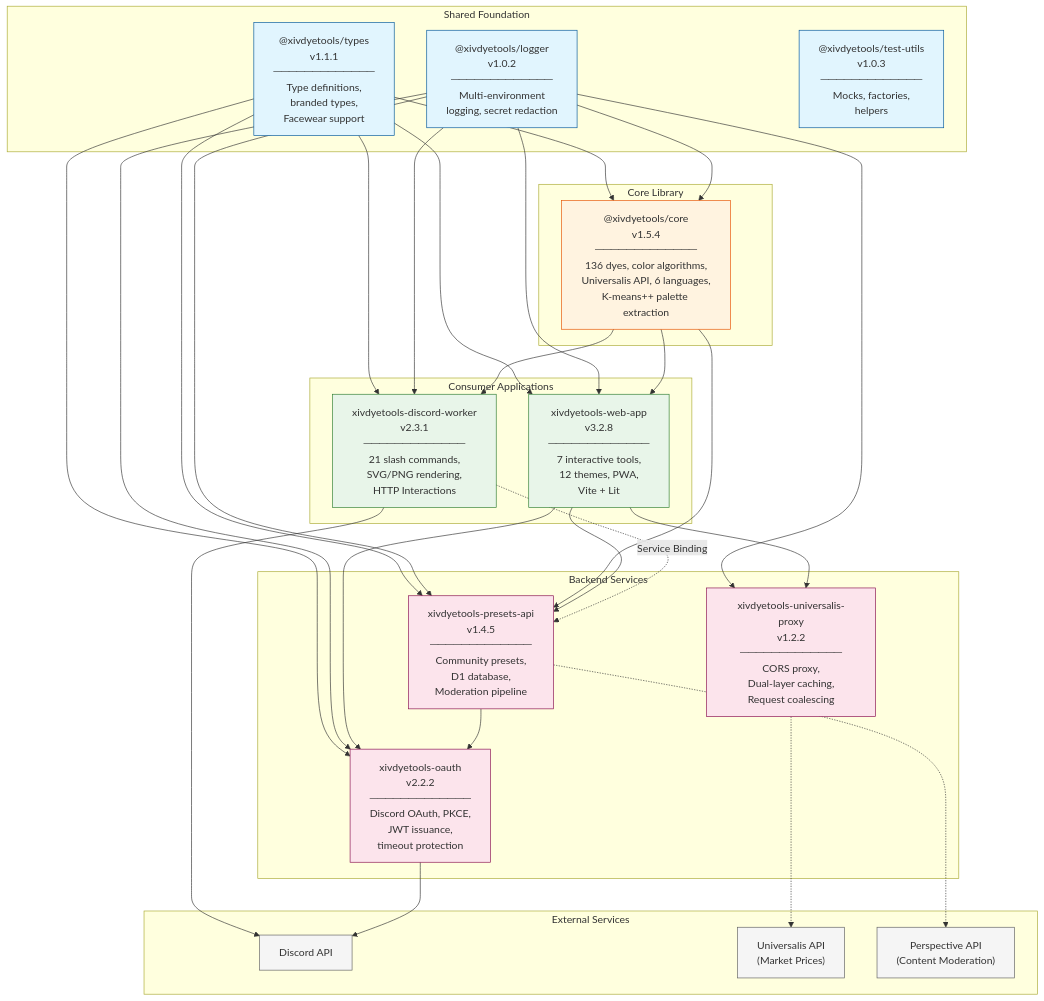
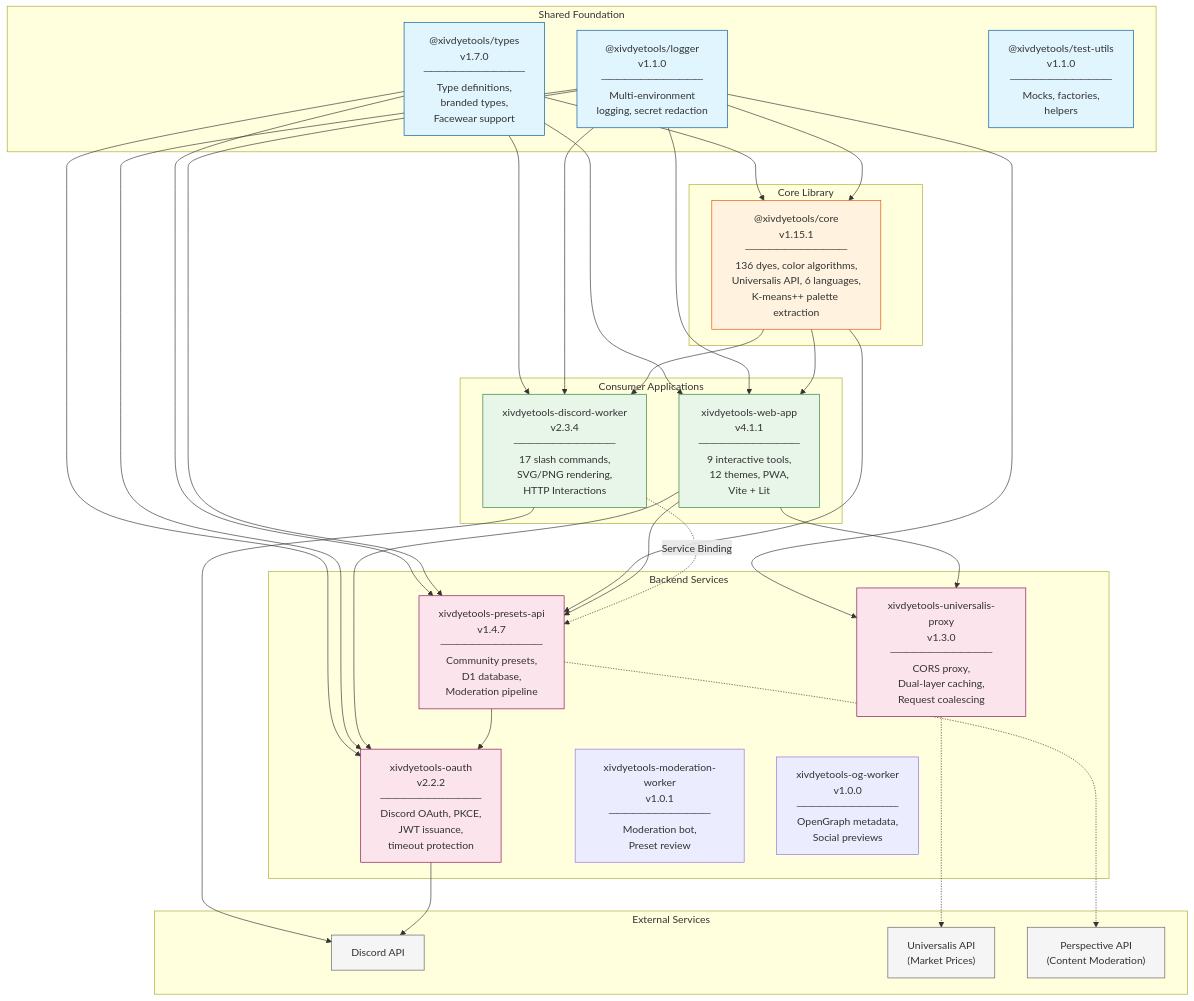
The diagram in architecture/overview.md (FlashGalatine/xivdyetools-docs), drawn with Mermaid before and after one commit. The commit also changed other lines of this file and 21 other files, not shown here.

````diff
--- a/architecture/overview.md
+++ b/architecture/overview.md
@@ -11,72 +11,74 @@
 ```mermaid
 graph TB
     subgraph "Shared Foundation"
-        TYPES["@xivdyetools/types<br/>v1.1.1<br/>─────────────<br/>Type definitions,<br/>branded types,<br/>Facewear support"]
-        LOGGER["@xivdyetools/logger<br/>v1.0.2<br/>─────────────<br/>Multi-environment<br/>logging, secret redaction"]
-        TEST["@xivdyetools/test-utils<br/>v1.0.3<br/>─────────────<br/>Mocks, factories,<br/>helpers"]
+        TYPES["@xivdyetools/types<br/>v1.7.0<br/>─────────────<br/>Type definitions,<br/>branded types,<br/>Facewear support"]
+        LOGGER["@xivdyetools/logger<br/>v1.1.0<br/>─────────────<br/>Multi-environment<br/>logging, secret redaction"]
+        TEST["@xivdyetools/test-utils<br/>v1.1.0<br/>─────────────<br/>Mocks, factories,<br/>helpers"]
     end
 
     subgraph "Core Library"
-        CORE["@xivdyetools/core<br/>v1.5.4<br/>─────────────<br/>136 dyes, color algorithms,<br/>Universalis API, 6 languages,<br/>K-means++ palette extraction"]
+        CORE["@xivdyetools/core<br/>v1.15.1<br/>─────────────<br/>136 dyes, color algorithms,<br/>Universalis API, 6 languages,<br/>K-means++ palette extraction"]
     end
 
     subgraph "Consumer Applications"
-        WEB["xivdyetools-web-app<br/>v3.2.8<br/>─────────────<br/>7 interactive tools,<br/>12 themes, PWA,<br/>Vite + Lit"]
-        DISCORD["xivdyetools-discord-worker<br/>v2.3.1<br/>─────────────<br/>21 slash commands,<br/>SVG/PNG rendering,<br/>HTTP Interactions"]
+        WEB["xivdyetools-web-app<br/>v4.1.1<br/>─────────────<br/>9 interactive tools,<br/>12 themes, PWA,<br/>Vite + Lit"]
+        DISCORD["xivdyetools-discord-worker<br/>v2.3.4<br/>─────────────<br/>17 slash commands,<br/>SVG/PNG rendering,<br/>HTTP Interactions"]
     end
 
     subgraph "Backend Services"
         OAUTH["xivdyetools-oauth<br/>v2.2.2<br/>─────────────<br/>Discord OAuth, PKCE,<br/>JWT issuance,<br/>timeout protection"]
-        PRESETS["xivdyetools-presets-api<br/>v1.4.5<br/>─────────────<br/>Community presets,<br/>D1 database,<br/>Moderation pipeline"]
-        PROXY["xivdyetools-universalis-proxy<br/>v1.2.2<br/>─────────────<br/>CORS proxy,<br/>Dual-layer caching,<br/>Request coalescing"]
+        PRESETS["xivdyetools-presets-api<br/>v1.4.7<br/>─────────────<br/>Community presets,<br/>D1 database,<br/>Moderation pipeline"]
+        PROXY["xivdyetools-universalis-proxy<br/>v1.3.0<br/>─────────────<br/>CORS proxy,<br/>Dual-layer caching,<br/>Request coalescing"]
+        MODBOT["xivdyetools-moderation-worker<br/>v1.0.1<br/>─────────────<br/>Moderation bot,<br/>Preset review"]
+        OG["xivdyetools-og-worker<br/>v1.0.0<br/>─────────────<br/>OpenGraph metadata,<br/>Social previews"]
     end
 
     subgraph "External Services"
         DISCORD_API["Discord API"]
         UNIVERSALIS["Universalis API<br/>(Market Prices)"]
         PERSPECTIVE["Perspective API<br/>(Content Moderation)"]
     end
 
     %% Shared package dependencies
     TYPES --> CORE
     TYPES --> WEB
     TYPES --> DISCORD
     TYPES --> OAUTH
     TYPES --> PRESETS
     LOGGER --> CORE
     LOGGER --> WEB
     LOGGER --> DISCORD
     LOGGER --> OAUTH
     LOGGER --> PRESETS
     LOGGER --> PROXY
 
     %% Core library consumers
     CORE --> WEB
     CORE --> DISCORD
     CORE --> PRESETS
 
     %% Application relationships
     WEB --> OAUTH
     WEB --> PRESETS
     WEB --> PROXY
     DISCORD -.->|"Service Binding"| PRESETS
     PRESETS --> OAUTH
 
     %% External API connections
     PROXY -.-> UNIVERSALIS
     DISCORD --> DISCORD_API
     OAUTH --> DISCORD_API
     PRESETS -.-> PERSPECTIVE
 
     classDef shared fill:#e1f5fe,stroke:#01579b
     classDef core fill:#fff3e0,stroke:#e65100
     classDef app fill:#e8f5e9,stroke:#2e7d32
     classDef backend fill:#fce4ec,stroke:#880e4f
     classDef external fill:#f5f5f5,stroke:#616161
 
     class TYPES,LOGGER,TEST shared
     class CORE core
     class WEB,DISCORD app
     class OAUTH,PRESETS,PROXY backend
     class DISCORD_API,UNIVERSALIS,PERSPECTIVE external
 ```
````
